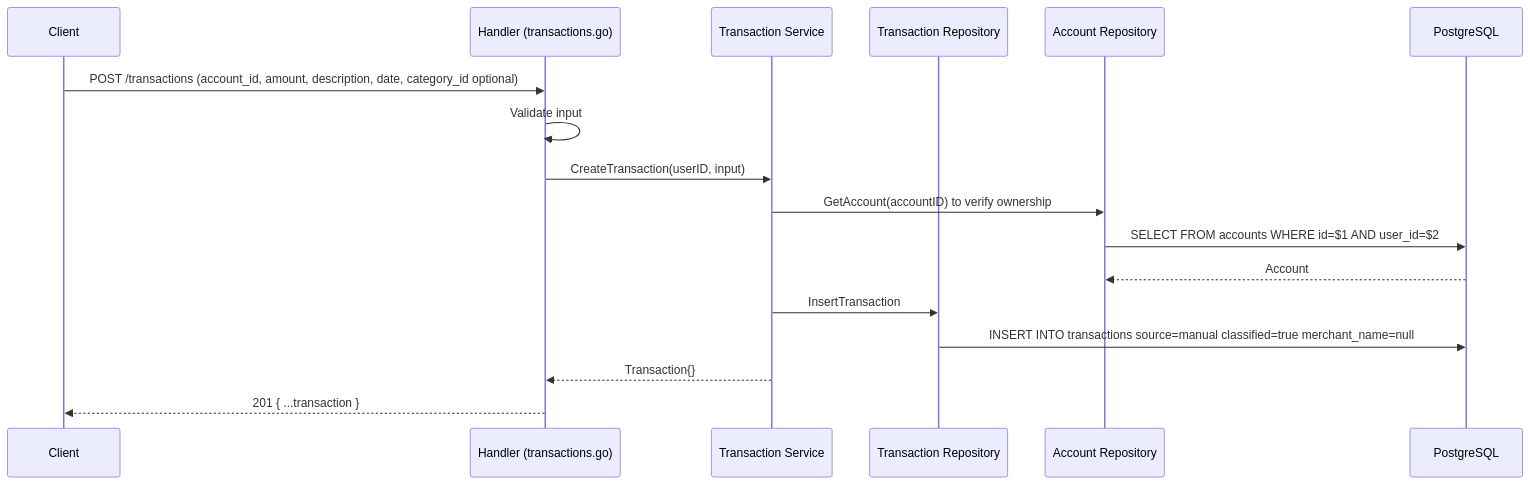
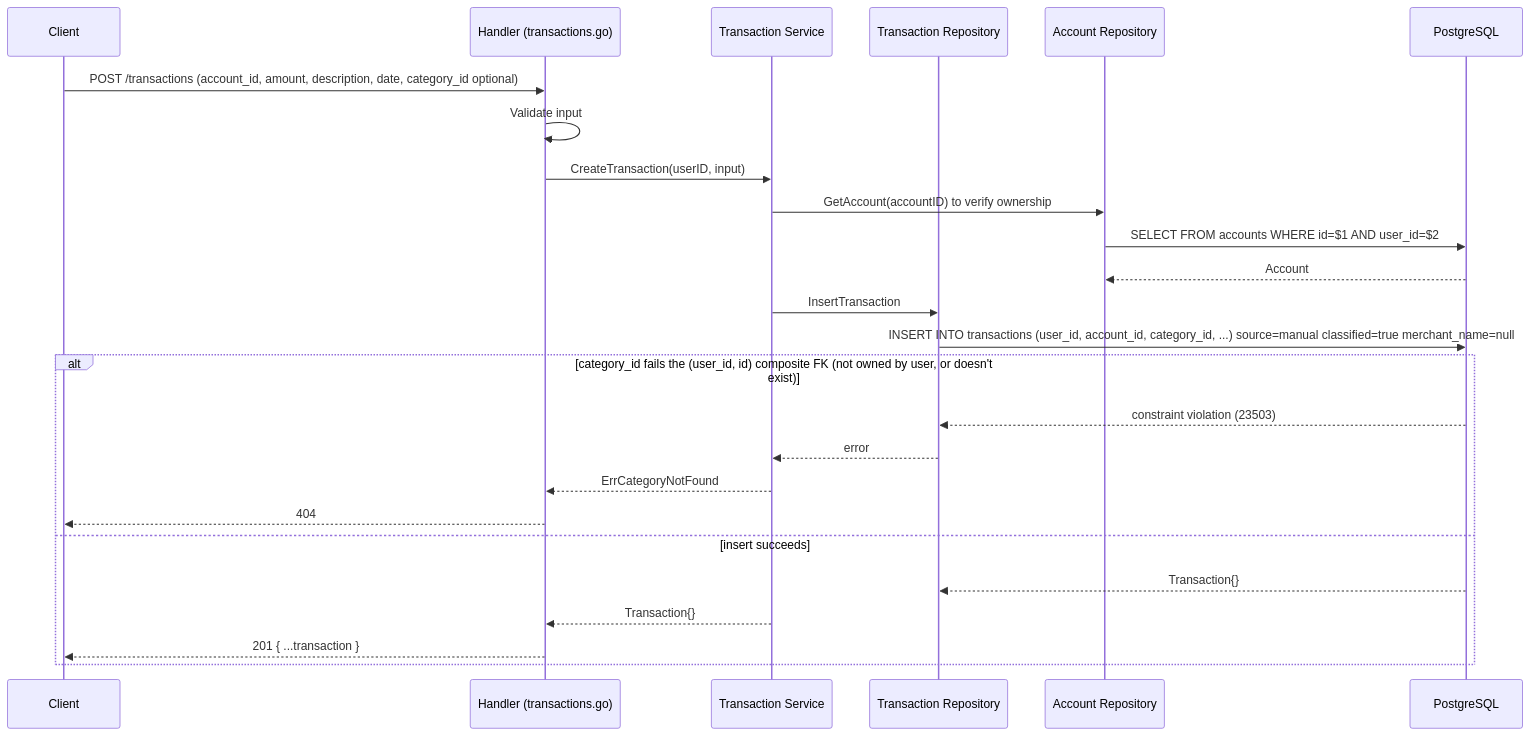
One commit to ppinedo0714/a-couple-of-coins changed diagram 14 of 16 in backend/docs/flows.md. Above: the diagram before and after it, drawn with Mermaid. The commit also changed other lines of this file and 5 other files, not shown here.

````diff
--- a/backend/docs/flows.md
+++ b/backend/docs/flows.md
@@ -462,22 +647,29 @@
 ```mermaid
 sequenceDiagram
     participant C as Client
     participant H as Handler (transactions.go)
     participant TS as Transaction Service
     participant TR as Transaction Repository
     participant AR as Account Repository
     participant DB as PostgreSQL
 
     C->>H: POST /transactions (account_id, amount, description, date, category_id optional)
     H->>H: Validate input
     H->>TS: CreateTransaction(userID, input)
     TS->>AR: GetAccount(accountID) to verify ownership
     AR->>DB: SELECT FROM accounts WHERE id=$1 AND user_id=$2
     DB-->>AR: Account
 
     TS->>TR: InsertTransaction
-    TR->>DB: INSERT INTO transactions source=manual classified=true merchant_name=null
-
-    TS-->>H: Transaction{}
-    H-->>C: 201 { ...transaction }
+    TR->>DB: INSERT INTO transactions (user_id, account_id, category_id, ...) source=manual classified=true merchant_name=null
+    alt category_id fails the (user_id, id) composite FK (not owned by user, or doesn't exist)
+        DB-->>TR: constraint violation (23503)
+        TR-->>TS: error
+        TS-->>H: ErrCategoryNotFound
+        H-->>C: 404
+    else insert succeeds
+        DB-->>TR: Transaction{}
+        TS-->>H: Transaction{}
+        H-->>C: 201 { ...transaction }
+    end
 ```
````
